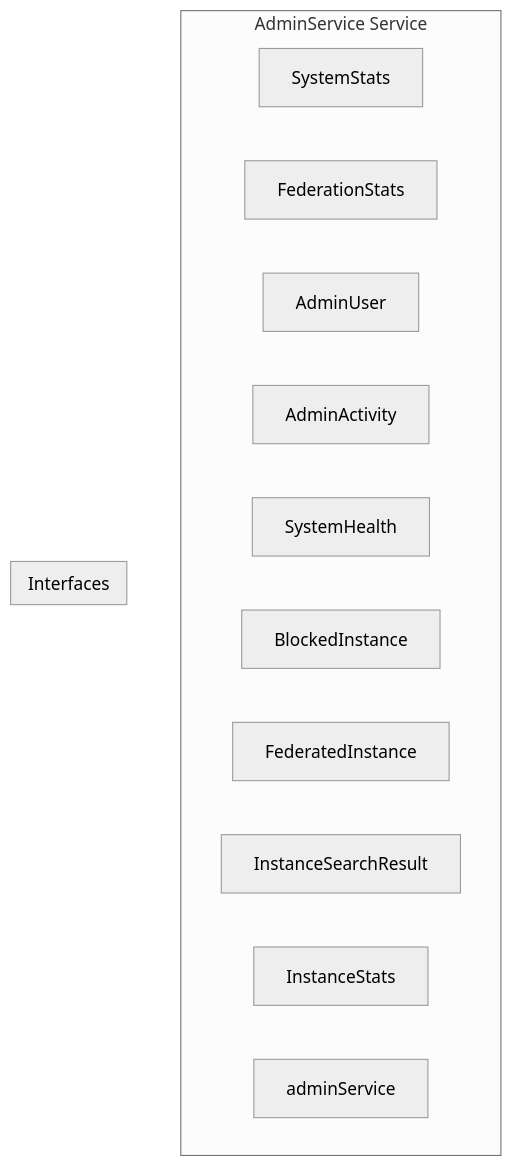
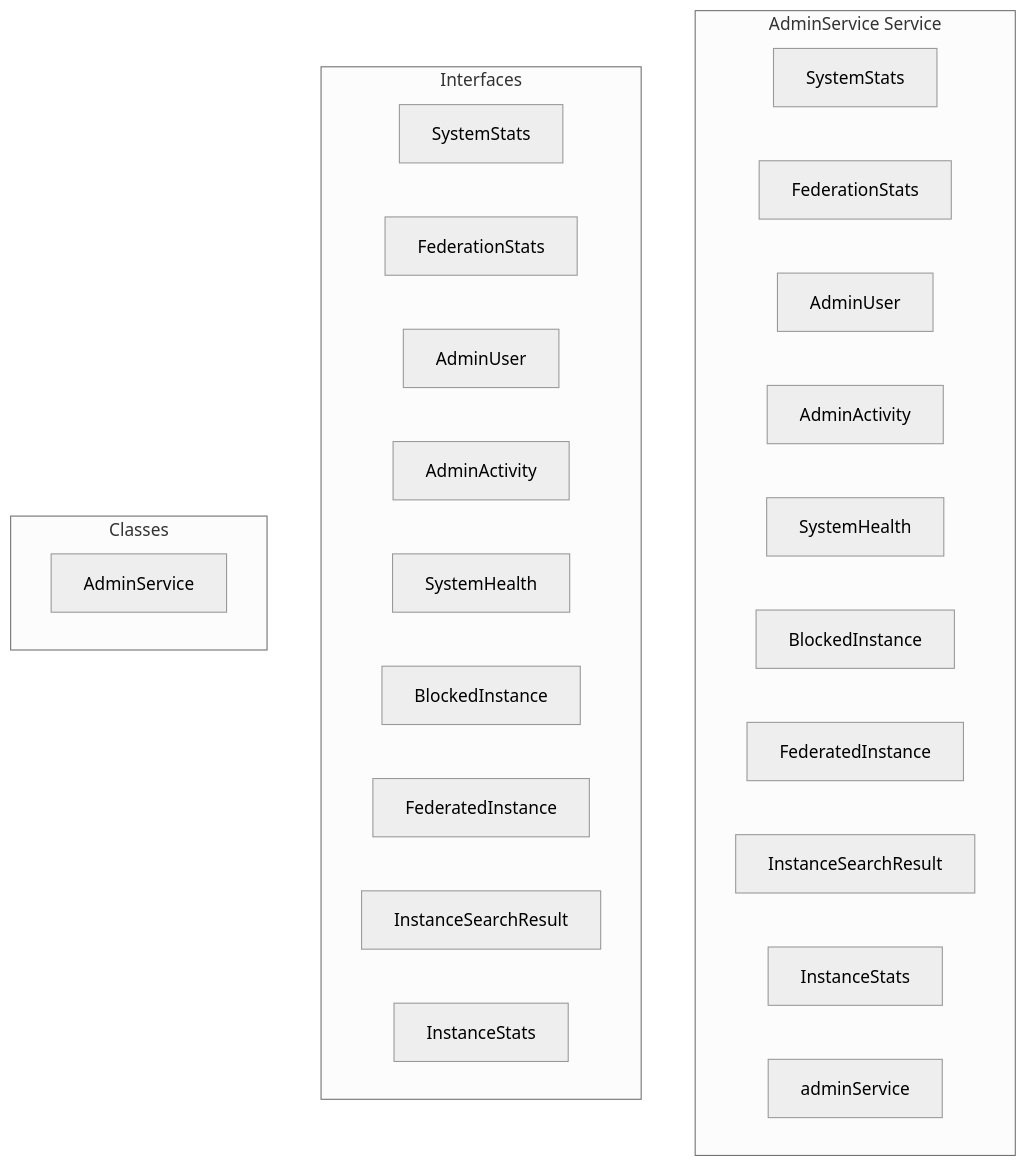
Before and after one commit to y4my4my4m/harmony: the diagram in docs/api/services/adminservice.md, drawn with Mermaid (neutral theme). The commit also changed other lines of this file and 350 other files, not shown here.

````diff
--- a/docs/api/services/adminservice.md
+++ b/docs/api/services/adminservice.md
@@ -7,29 +7,31 @@
 ```mermaid
 graph TB
     subgraph "AdminService Service"
         SYSTEMSTATS[SystemStats]
         FEDERATIONSTATS[FederationStats]
         ADMINUSER[AdminUser]
         ADMINACTIVITY[AdminActivity]
         SYSTEMHEALTH[SystemHealth]
         BLOCKEDINSTANCE[BlockedInstance]
         FEDERATEDINSTANCE[FederatedInstance]
         INSTANCESEARCHRESULT[InstanceSearchResult]
         INSTANCESTATS[InstanceStats]
         ADMINSERVICE[adminService]
     end
     
+    subgraph "Interfaces"
+        INT_SYSTEMSTATS[SystemStats]
+        INT_FEDERATIONSTATS[FederationStats]
+        INT_ADMINUSER[AdminUser]
+        INT_ADMINACTIVITY[AdminActivity]
+        INT_SYSTEMHEALTH[SystemHealth]
+        INT_BLOCKEDINSTANCE[BlockedInstance]
+        INT_FEDERATEDINSTANCE[FederatedInstance]
+        INT_INSTANCESEARCHRESULT[InstanceSearchResult]
+        INT_INSTANCESTATS[InstanceStats]
+    end
     
-    
-    subgraph "Interfaces"
-        SYSTEMSTATS[SystemStats]
-        FEDERATIONSTATS[FederationStats]
-        ADMINUSER[AdminUser]
-        ADMINACTIVITY[AdminActivity]
-        SYSTEMHEALTH[SystemHealth]
-        BLOCKEDINSTANCE[BlockedInstance]
-        FEDERATEDINSTANCE[FederatedInstance]
-        INSTANCESEARCHRESULT[InstanceSearchResult]
-        INSTANCESTATS[InstanceStats]
+    subgraph "Classes"
+        CLS_ADMINSERVICE[AdminService]
     end
 ```
````
